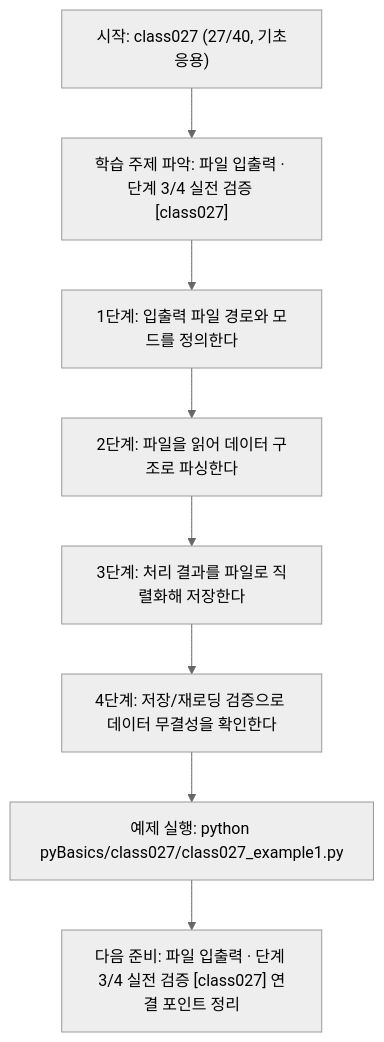
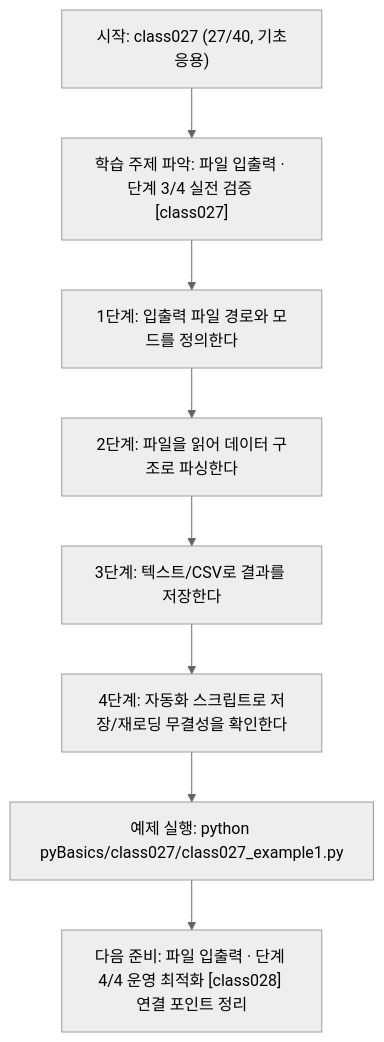
Before and after one commit to edumgt/Python-AI_Agent-Class: the diagram in pyBasics/class027/class027.md, drawn with Mermaid (neutral theme). The commit also changed other lines of this file and 2370 other files, not shown here.

````diff
--- a/pyBasics/class027/class027.md
+++ b/pyBasics/class027/class027.md
@@ -109,18 +91,18 @@
 ```mermaid
 flowchart TD
 N1["시작: class027 (27/40, 기초응용)"]
 N2["학습 주제 파악: 파일 입출력 · 단계 3/4 실전 검증 [class027]"]
 N3["1단계: 입출력 파일 경로와 모드를 정의한다"]
 N4["2단계: 파일을 읽어 데이터 구조로 파싱한다"]
-N5["3단계: 처리 결과를 파일로 직렬화해 저장한다"]
-N6["4단계: 저장/재로딩 검증으로 데이터 무결성을 확인한다"]
+N5["3단계: 텍스트/CSV로 결과를 저장한다"]
+N6["4단계: 자동화 스크립트로 저장/재로딩 무결성을 확인한다"]
 N7["예제 실행: python pyBasics/class027/class027_example1.py"]
-N8["다음 준비: 파일 입출력 · 단계 3/4 실전 검증 [class027] 연결 포인트 정리"]
+N8["다음 준비: 파일 입출력 · 단계 4/4 운영 최적화 [class028] 연결 포인트 정리"]
 N1 --> N2
 N2 --> N3
 N3 --> N4
 N4 --> N5
 N5 --> N6
 N6 --> N7
 N7 --> N8
 ```
````
